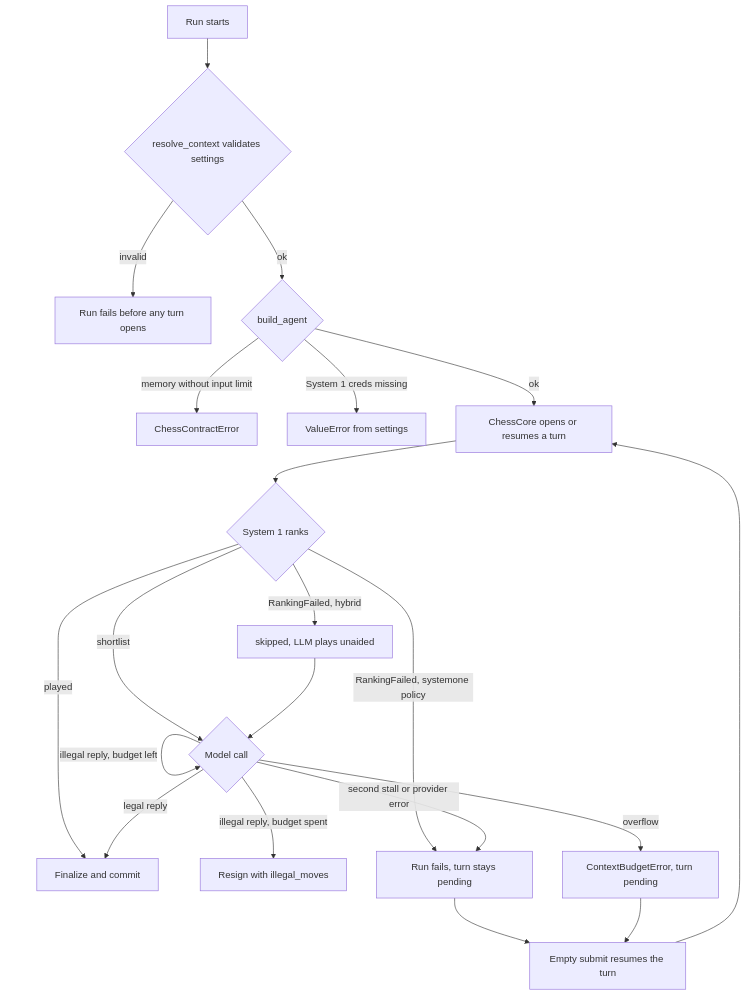
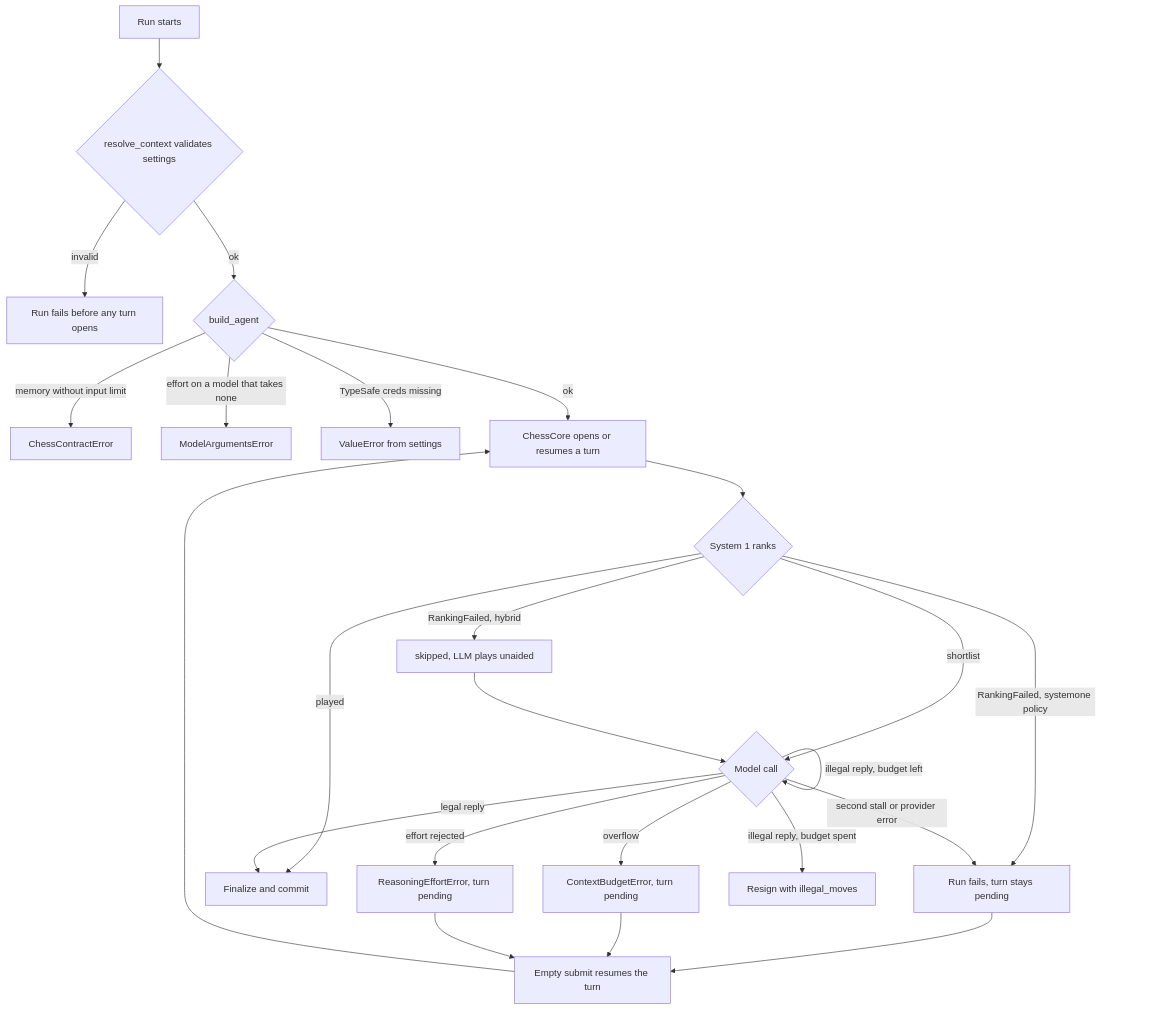
The first of 2 diagrams in openwiki/operations/runtime-behavior.md (darieldatoon/langchain-chess), drawn with Mermaid before and after one commit. The commit also changed other lines of this file and 48 other files, not shown here.

````diff
--- a/openwiki/operations/runtime-behavior.md
+++ b/openwiki/operations/runtime-behavior.md
@@ -93,24 +107,27 @@
 ```mermaid
 flowchart TD
   Run["Run starts"] --> Ctx{"resolve_context validates settings"}
   Ctx -- invalid --> Fail1["Run fails before any turn opens"]
   Ctx -- ok --> Build{"build_agent"}
   Build -- "memory without input limit" --> Fail2["ChessContractError"]
-  Build -- "System 1 creds missing" --> Fail3["ValueError from settings"]
+  Build -- "effort on a model that takes none" --> Fail4["ModelArgumentsError"]
+  Build -- "TypeSafe creds missing" --> Fail3["ValueError from settings"]
   Build -- ok --> Life["ChessCore opens or resumes a turn"]
   Life --> S1{"System 1 ranks"}
   S1 -- "RankingFailed, hybrid" --> Skip["skipped, LLM plays unaided"]
   S1 -- "RankingFailed, systemone policy" --> Pend["Run fails, turn stays pending"]
   S1 -- "played" --> Commit["Finalize and commit"]
   S1 -- shortlist --> LLM{"Model call"}
   Skip --> LLM
   LLM -- "stream stall, first time" --> LLM
   LLM -- "second stall or provider error" --> Pend
   LLM -- overflow --> Budget["ContextBudgetError, turn pending"]
+  LLM -- "effort rejected" --> Effort["ReasoningEffortError, turn pending"]
   LLM -- "illegal reply, budget left" --> LLM
   LLM -- "illegal reply, budget spent" --> Resign["Resign with illegal_moves"]
   LLM -- "legal reply" --> Commit
   Pend --> Retry["Empty submit resumes the turn"]
   Budget --> Retry
+  Effort --> Retry
   Retry --> Life
 ```
````
